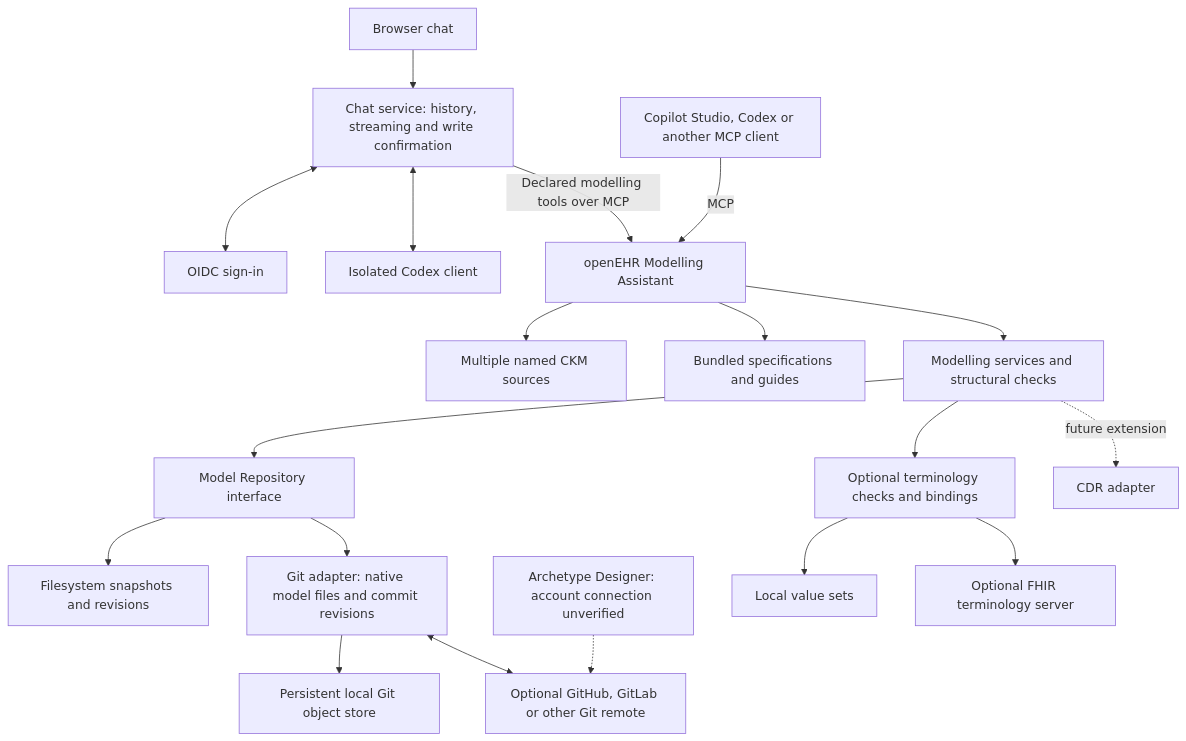
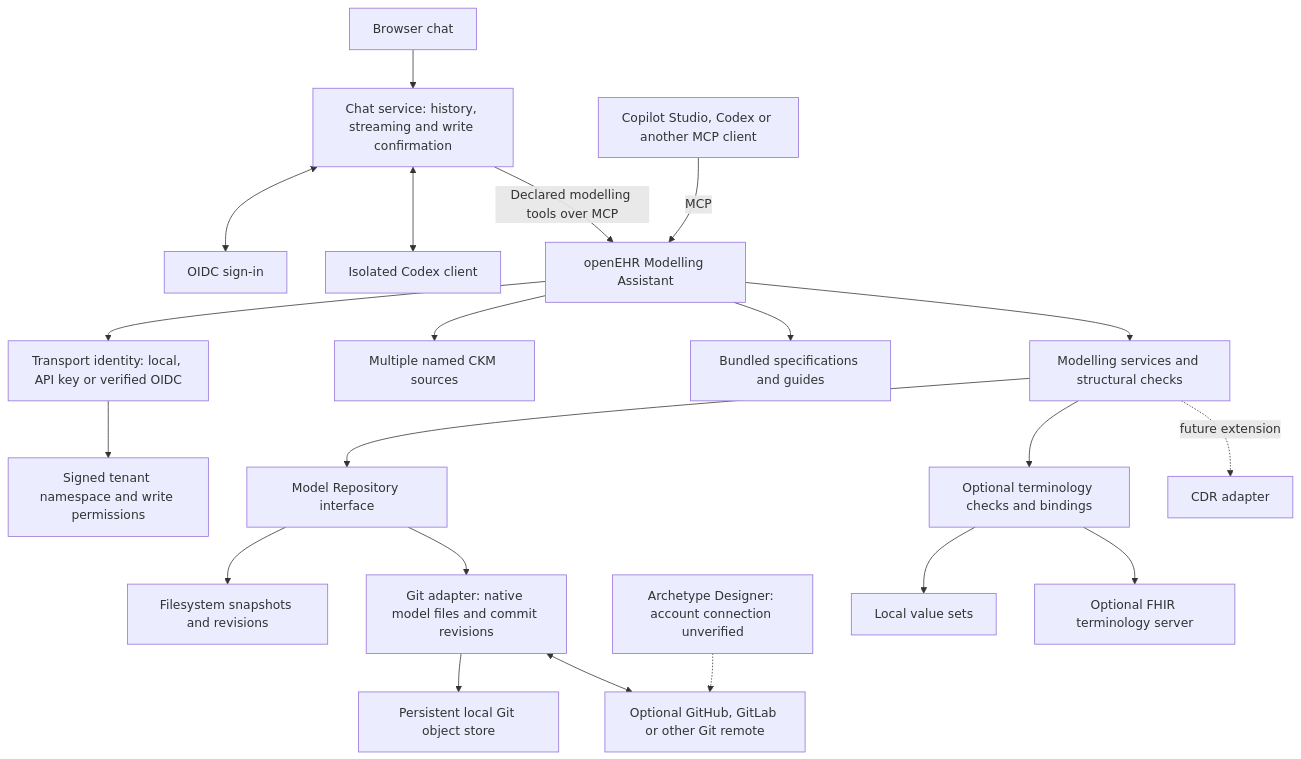
The first of 2 diagrams in README.md (CzarMich/openehr-modelling-assistant), drawn with Mermaid before and after one commit. The commit also changed other lines of this file and 44 other files, not shown here.

Commit message:
feat(identity): complete native OIDC and isolated tenant access

````diff
--- a/README.md
+++ b/README.md
@@ -84,21 +85,23 @@
 ```mermaid
 flowchart TD
     U[Browser chat] --> W[Chat service: history, streaming and write confirmation]
     W <--> I[OIDC sign-in]
     W <--> AIC[Isolated Codex client]
     W -->|Declared modelling tools over MCP| S[openEHR Modelling Assistant]
     M[Copilot Studio, Codex or another MCP client] -->|MCP| S[openEHR Modelling Assistant]
+    S --> ID[Transport identity: local, API key or verified OIDC]
+    ID --> TEN[Signed tenant namespace and write permissions]
     S --> K[Multiple named CKM sources]
     S --> B[Bundled specifications and guides]
     S --> D[Modelling services and structural checks]
     D --> R[Model Repository interface]
     R --> F[Filesystem snapshots and revisions]
     R --> G[Git adapter: native model files and commit revisions]
     G --> O[Persistent local Git object store]
     G <--> H[Optional GitHub, GitLab or other Git remote]
     A[Archetype Designer: account connection unverified] -.-> H
     D --> T[Optional terminology checks and bindings]
     T --> L[Local value sets]
     T --> E[Optional FHIR terminology server]
     D -. future extension .-> C[CDR adapter]
 ```
````
